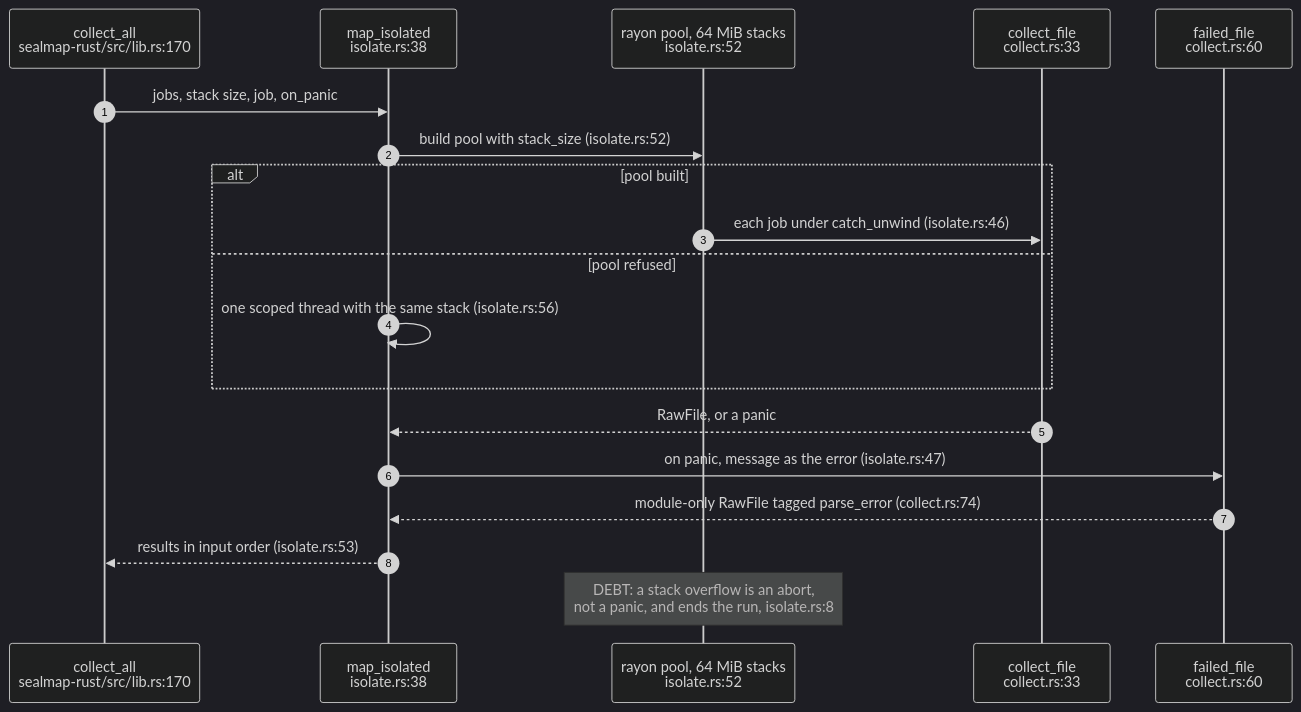
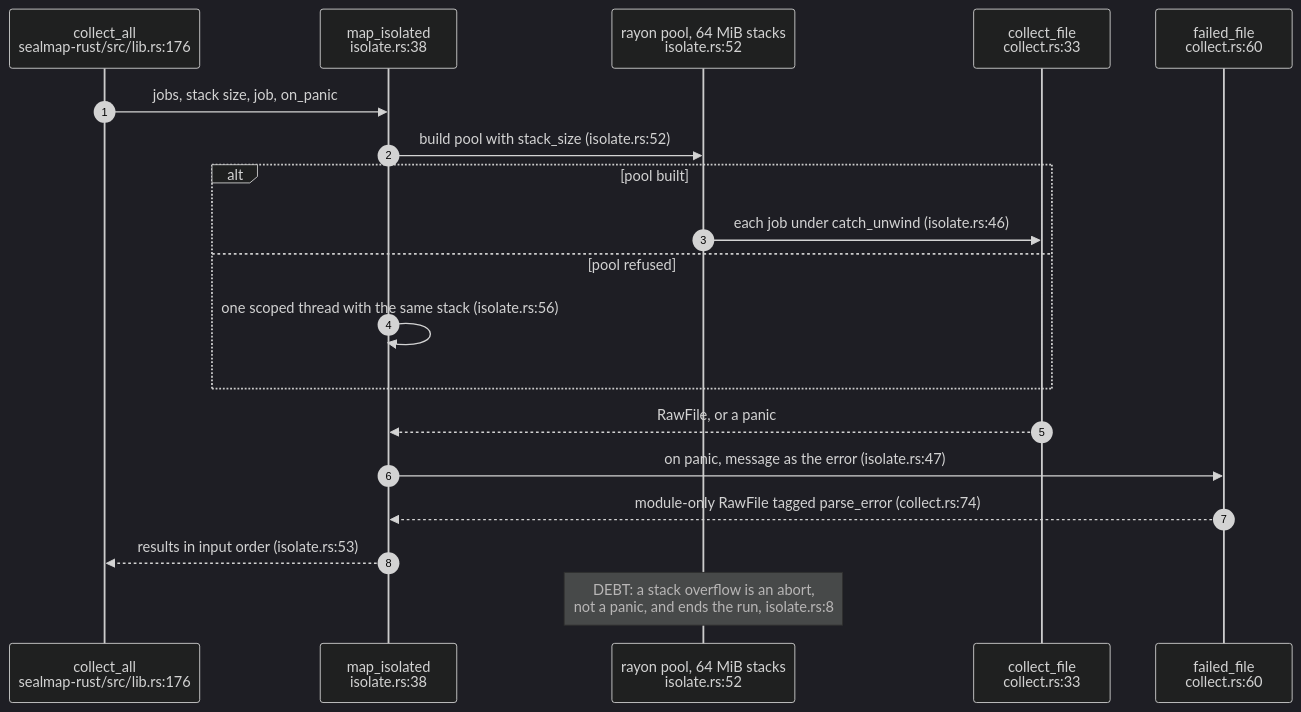
One commit to DreamLab-AI/codemaid changed the third of 5 diagrams in docs/diagrams/extract/01-the-adapter-pipeline.md. Above: the diagram before and after it, drawn with Mermaid (dark theme). The commit also changed other lines of this file and 23 other files, not shown here.

````diff
--- a/docs/diagrams/extract/01-the-adapter-pipeline.md
+++ b/docs/diagrams/extract/01-the-adapter-pipeline.md
@@ -136,21 +138,21 @@
 ```mermaid
 sequenceDiagram
     autonumber
-    participant CA as collect_all<br/>sealmap-rust/src/lib.rs:170
+    participant CA as collect_all<br/>sealmap-rust/src/lib.rs:176
     participant MI as map_isolated<br/>isolate.rs:38
     participant RP as rayon pool, 64 MiB stacks<br/>isolate.rs:52
     participant CF as collect_file<br/>collect.rs:33
     participant FF as failed_file<br/>collect.rs:60
     CA->>MI: jobs, stack size, job, on_panic
     MI->>RP: build pool with stack_size (isolate.rs:52)
     alt pool built
         RP->>CF: each job under catch_unwind (isolate.rs:46)
     else pool refused
         MI->>MI: one scoped thread with the same stack (isolate.rs:56)
     end
     CF-->>MI: RawFile, or a panic
     MI->>FF: on panic, message as the error (isolate.rs:47)
     FF-->>MI: module-only RawFile tagged parse_error (collect.rs:74)
     MI-->>CA: results in input order (isolate.rs:53)
     Note over RP: DEBT: a stack overflow is an abort,<br/>not a panic, and ends the run, isolate.rs:8
 ```
````
